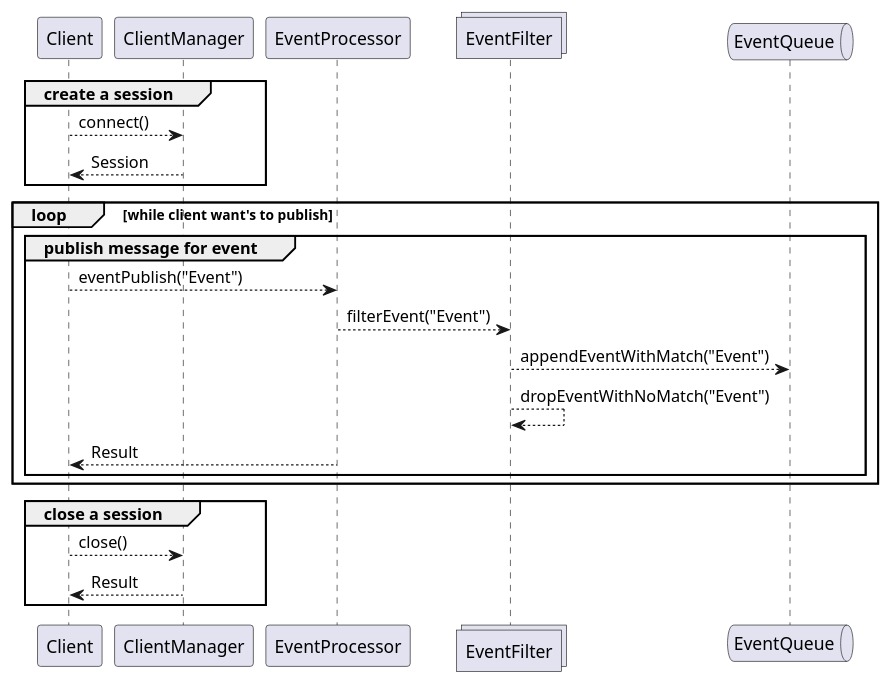
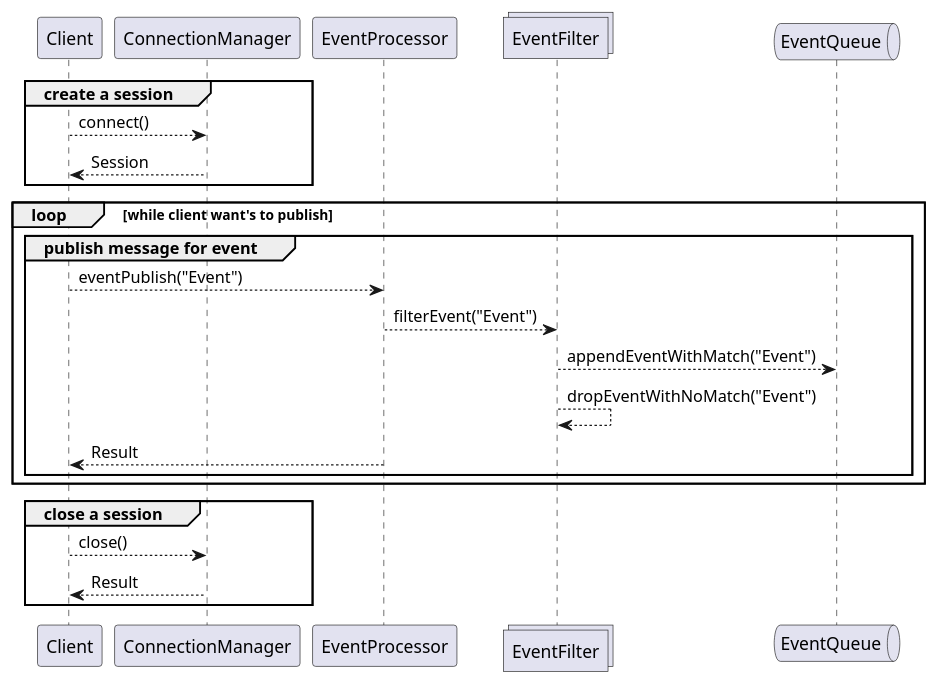
The diagram in doc/images/publishing_sequence_diagram.plantuml (Elektrobit/elos), drawn with PlantUML before and after one commit. The commit also changed 156 other files, not shown here.

Commit message:
client manager renamed to connection manager

```diff
--- a/doc/images/publishing_sequence_diagram.plantuml
+++ b/doc/images/publishing_sequence_diagram.plantuml
@@ -1,28 +1,28 @@
 @startuml
 
 participant Client
-participant ClientManager
+participant ConnectionManager
 participant EventProcessor
 collections EventFilter
 queue EventQueue
 
 group create a session
-  Client --> ClientManager : connect()
-  Client <-- ClientManager : Session
+  Client --> ConnectionManager : connect()
+  Client <-- ConnectionManager : Session
 end
 
 loop while client want's to publish
   group publish message for event
     Client --> EventProcessor : eventPublish("Event")
     EventProcessor --> EventFilter : filterEvent("Event")
     EventFilter --> EventQueue : appendEventWithMatch("Event")
     EventFilter --> EventFilter : dropEventWithNoMatch("Event")
     Client <-- EventProcessor : Result
   end
 end
 
 group close a session
-  Client --> ClientManager : close()
-  Client <-- ClientManager : Result
+  Client --> ConnectionManager : close()
+  Client <-- ConnectionManager : Result
 end
 @enduml
```
